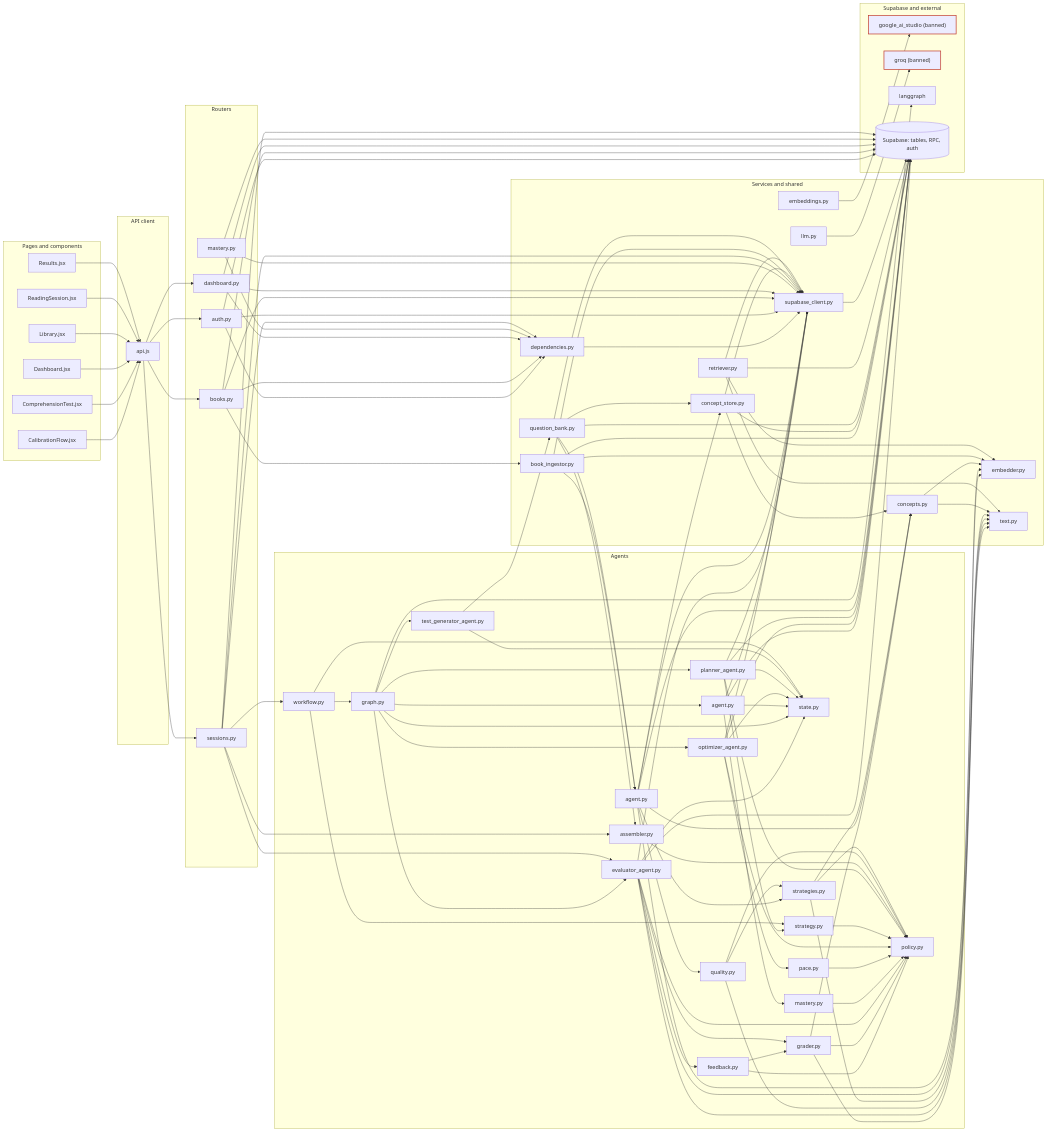
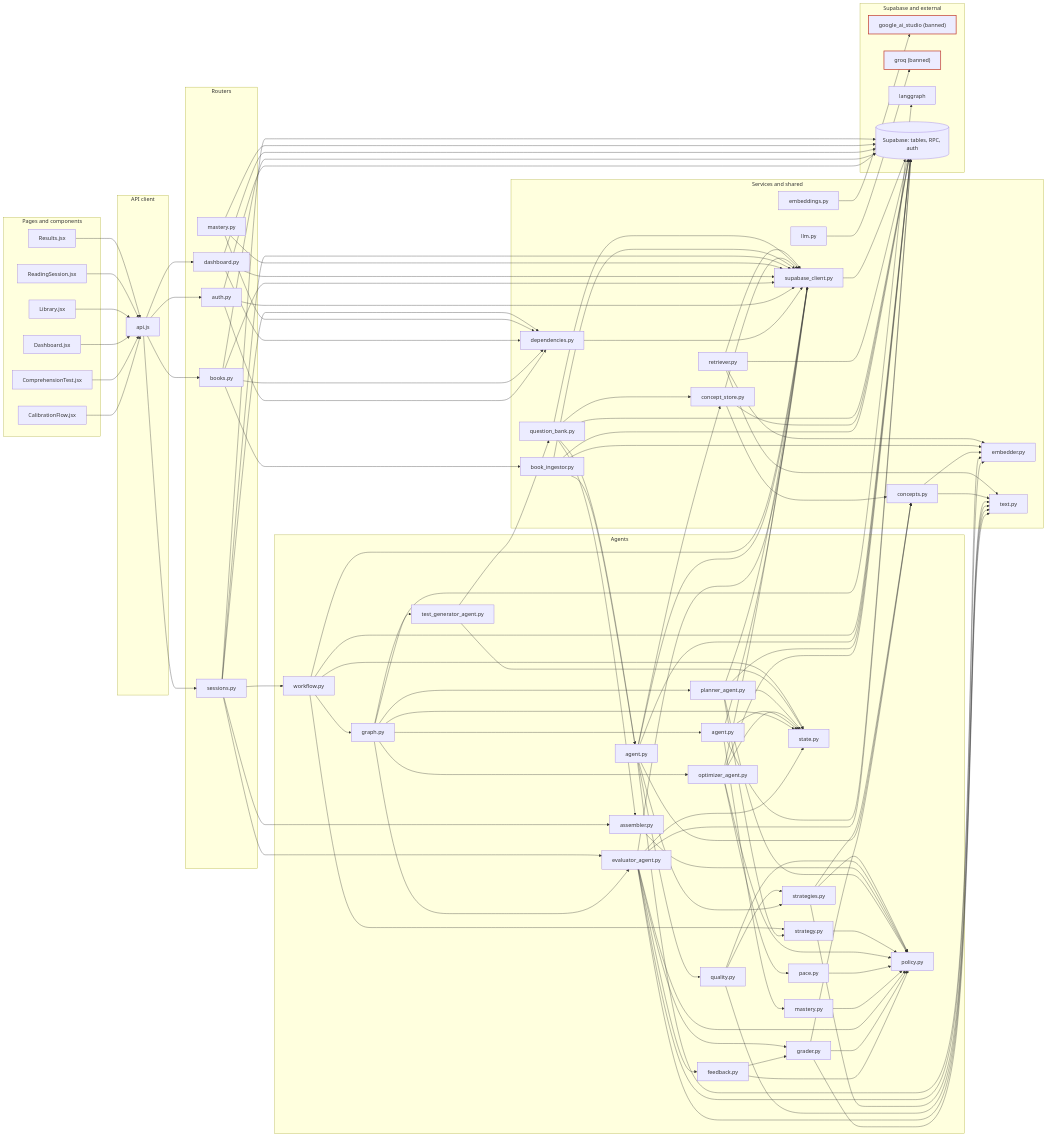
The first of 2 diagrams in docs/repo-graph/REPO_MAP.md (asparagusD/readfocus), drawn with Mermaid before and after one commit. The commit also changed other lines of this file and 14 other files, not shown here.

```diff
--- a/docs/repo-graph/REPO_MAP.md
+++ b/docs/repo-graph/REPO_MAP.md
@@ -125,6 +125,8 @@
   file_backend_agents_workflow_py --> file_backend_agents_graph_py
   file_backend_agents_workflow_py --> file_backend_agents_planner_strategy_py
   file_backend_agents_workflow_py --> file_backend_agents_state_py
+  file_backend_agents_workflow_py --> file_backend_services_supabase_client_py
+  file_backend_agents_workflow_py --> supabase
   file_backend_dependencies_py --> file_backend_services_supabase_client_py
   file_backend_nlp_concepts_py --> file_backend_nlp_embedder_py
   file_backend_nlp_concepts_py --> file_backend_nlp_text_py
```
